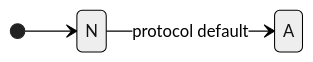
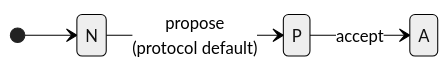
Before and after one commit to CERTCC/Vultron: the first of 6 diagrams in docs/topics/process_models/em/defaults.md, drawn with Mermaid (neutral theme). The commit also changed other lines of this file and 15 other files, not shown here.

````diff
--- a/docs/topics/process_models/em/defaults.md
+++ b/docs/topics/process_models/em/defaults.md
@@ -117,6 +117,7 @@
 ```mermaid
 stateDiagram-v2
     direction LR
     [*] --> N
-    N --> A : protocol default
+    N --> P : propose<br/>(protocol default)
+    P --> A : accept
 ```
````
